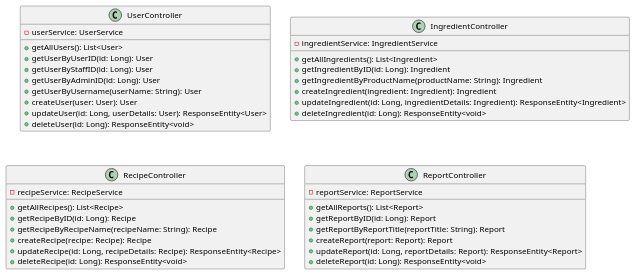
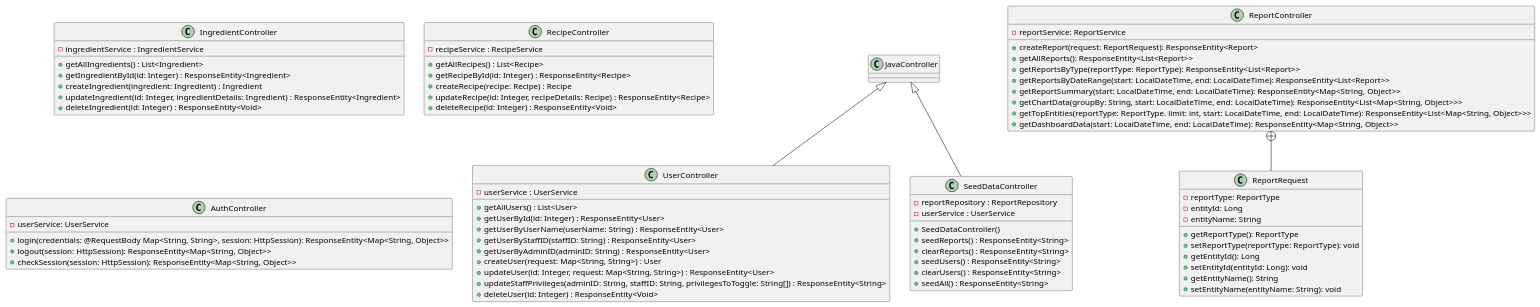
Before and after one commit to AlanCortez1337/cs5800-project: the diagram in backend/src/documentation/classDiagrams/Controllers.puml, drawn with PlantUML. The commit also changed 6 other files, not shown here.

Commit message:
update class diagrams to how they should be implemented & fix config files for backend

```diff
--- a/backend/src/documentation/classDiagrams/Controllers.puml
+++ b/backend/src/documentation/classDiagrams/Controllers.puml
@@ -1,49 +1,86 @@
 @startuml
 
-class UserController {
-    - userService: UserService
+class UserController extends JavaController {
+    - userService : UserService
 
-    + getAllUsers(): List<User>
-    + getUserByUserID(id: Long): User
-    + getUserByStaffID(id: Long): User
-    + getUserByAdminID(id: Long): User
-    + getUserByUsername(userName: String): User
-    + createUser(user: User): User
-    + updateUser(id: Long, userDetails: User): ResponseEntity<User>
-    + deleteUser(id: Long): ResponseEntity<void>
+    + getAllUsers() : List<User>
+    + getUserById(id: Integer) : ResponseEntity<User>
+    + getUserByUserName(userName: String) : ResponseEntity<User>
+    + getUserByStaffID(staffID: String) : ResponseEntity<User>
+    + getUserByAdminID(adminID: String) : ResponseEntity<User>
+    + createUser(request: Map<String, String>) : User
+    + updateUser(id: Integer, request: Map<String, String>) : ResponseEntity<User>
+    + updateStaffPrivileges(adminID: String, staffID: String, privilegesToToggle: String[]) : ResponseEntity<String>
+    + deleteUser(id: Integer) : ResponseEntity<Void>
 }
 
 class IngredientController {
-    - ingredientService: IngredientService
+    - ingredientService : IngredientService
 
-    + getAllIngredients(): List<Ingredient>
-    + getIngredientByID(id: Long): Ingredient
-    + getIngredientByProductName(productName: String): Ingredient
-    + createIngredient(ingredient: Ingredient): Ingredient
-    + updateIngredient(id: Long, ingredientDetails: Ingredient): ResponseEntity<Ingredient>
-    + deleteIngredient(id: Long): ResponseEntity<void>
+    + getAllIngredients() : List<Ingredient>
+    + getIngredientById(id: Integer) : ResponseEntity<Ingredient>
+    + createIngredient(ingredient: Ingredient) : Ingredient
+    + updateIngredient(id: Integer, ingredientDetails: Ingredient) : ResponseEntity<Ingredient>
+    + deleteIngredient(id: Integer) : ResponseEntity<Void>
 }
 
 class RecipeController {
-    - recipeService: RecipeService
+    - recipeService : RecipeService
 
-    + getAllRecipes(): List<Recipe>
-    + getRecipeByID(id: Long): Recipe
-    + getRecipeByRecipeName(recipeName: String): Recipe
-    + createRecipe(recipe: Recipe): Recipe
-    + updateRecipe(id: Long, recipeDetails: Recipe): ResponseEntity<Recipe>
-    + deleteRecipe(id: Long): ResponseEntity<void>
+    + getAllRecipes() : List<Recipe>
+    + getRecipeById(id: Integer) : ResponseEntity<Recipe>
+    + createRecipe(recipe: Recipe) : Recipe
+    + updateRecipe(id: Integer, recipeDetails: Recipe) : ResponseEntity<Recipe>
+    + deleteRecipe(id: Integer) : ResponseEntity<Void>
 }
 
 class ReportController {
     - reportService: ReportService
 
-    + getAllReports(): List<Report>
-    + getReportByID(id: Long): Report
-    + getReportByReportTitle(reportTitle: String): Report
-    + createReport(report: Report): Report
-    + updateReport(id: Long, reportDetails: Report): ResponseEntity<Report>
-    + deleteReport(id: Long): ResponseEntity<void>
+    + createReport(request: ReportRequest): ResponseEntity<Report>
+    + getAllReports(): ResponseEntity<List<Report>>
+    + getReportsByType(reportType: ReportType): ResponseEntity<List<Report>>
+    + getReportsByDateRange(start: LocalDateTime, end: LocalDateTime): ResponseEntity<List<Report>>
+    + getReportSummary(start: LocalDateTime, end: LocalDateTime): ResponseEntity<Map<String, Object>>
+    + getChartData(groupBy: String, start: LocalDateTime, end: LocalDateTime): ResponseEntity<List<Map<String, Object>>>
+    + getTopEntities(reportType: ReportType. limit: int, start: LocalDateTime, end: LocalDateTime): ResponseEntity<List<Map<String, Object>>>
+    + getDashboardData(start: LocalDateTime, end: LocalDateTime): ResponseEntity<Map<String, Object>>
+}
+
+class ReportRequest {
+    - reportType: ReportType
+    - entityId: Long
+    - entityName: String
+
+    + getReportType(): ReportType
+    + setReportType(reportType: ReportType): void
+    + getEntityId(): Long
+    + setEntityId(entityId: Long): void
+    + getEntityName(): String
+    + setEntityName(entityName: String): void
+
+}
+
+ReportController +-- ReportRequest
+
+class AuthController {
+    - userService: UserService
+
+    + login(credentials: @RequestBody Map<String, String>, session: HttpSession): ResponseEntity<Map<String, Object>>
+    + logout(session: HttpSession): ResponseEntity<Map<String, Object>>
+    + checkSession(session: HttpSession): ResponseEntity<Map<String, Object>>
+}
+
+class SeedDataController extends JavaController {
+    - reportRepository : ReportRepository
+    - userService : UserService
+
+    + SeedDataController()
+    + seedReports() : ResponseEntity<String>
+    + clearReports() : ResponseEntity<String>
+    + seedUsers() : ResponseEntity<String>
+    + clearUsers() : ResponseEntity<String>
+    + seedAll() : ResponseEntity<String>
 }
 
 @enduml
```
